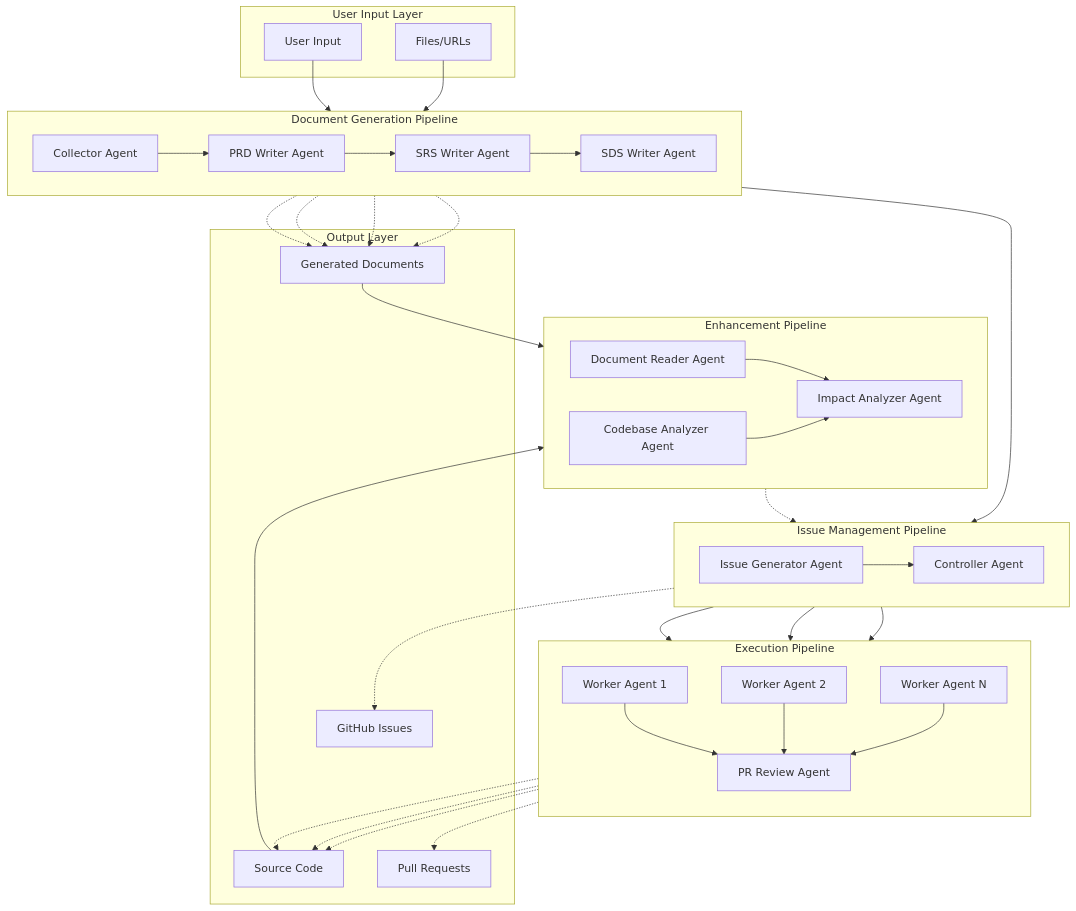
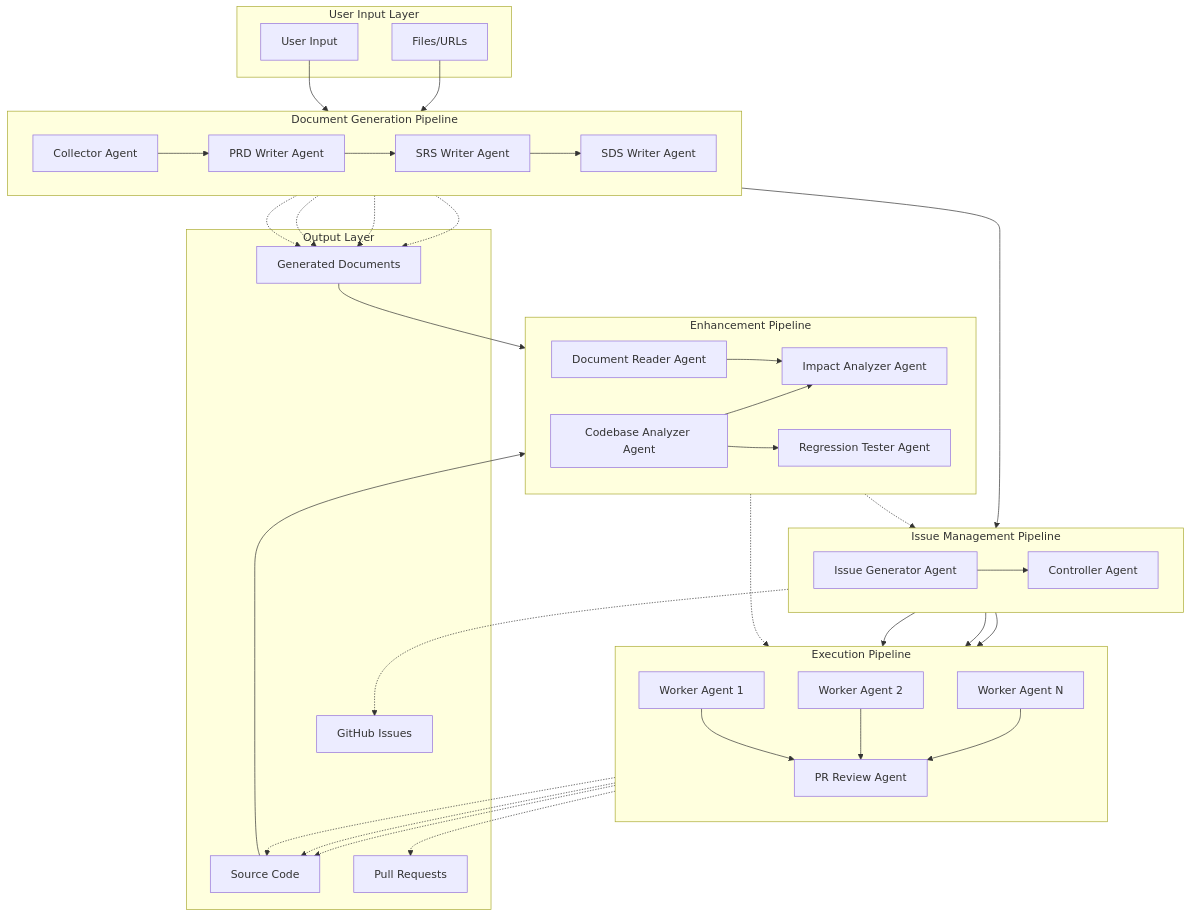
Before and after one commit to kcenon/claude_code_agent: the first of 7 diagrams in docs/system-architecture.kr.md, drawn with Mermaid. The commit also changed 11 other files, not shown here.

First line of the commit message:
feat(regression-tester): implement Regression Tester Agent (#145)

````diff
--- a/docs/system-architecture.kr.md
+++ b/docs/system-architecture.kr.md
@@ -5,78 +5,81 @@
 ```mermaid
 flowchart TB
     subgraph Input["User Input Layer"]
         UI[User Input]
         FILES[Files/URLs]
     end
 
     subgraph DocumentPipeline["Document Generation Pipeline"]
         direction LR
         COLLECT[Collector Agent]
         PRD[PRD Writer Agent]
         SRS[SRS Writer Agent]
         SDS[SDS Writer Agent]
     end
 
     subgraph IssuePipeline["Issue Management Pipeline"]
         direction LR
         ISSUE[Issue Generator Agent]
         CTRL[Controller Agent]
     end
 
     subgraph ExecutionPipeline["Execution Pipeline"]
         direction TB
         WORKER1[Worker Agent 1]
         WORKER2[Worker Agent 2]
         WORKERN[Worker Agent N]
         PR[PR Review Agent]
     end
 
     subgraph EnhancementPipeline["Enhancement Pipeline"]
         direction LR
         DOCREAD[Document Reader Agent]
         CODEBASE[Codebase Analyzer Agent]
         IMPACT[Impact Analyzer Agent]
+        REGTEST[Regression Tester Agent]
     end
 
     subgraph Output["Output Layer"]
         DOCS[Generated Documents]
         ISSUES[GitHub Issues]
         CODE[Source Code]
         PRS[Pull Requests]
     end
 
     UI --> COLLECT
     FILES --> COLLECT
 
     COLLECT --> PRD
     PRD --> SRS
     SRS --> SDS
 
     SDS --> ISSUE
     ISSUE --> CTRL
 
     CTRL --> WORKER1
     CTRL --> WORKER2
     CTRL --> WORKERN
 
     WORKER1 --> PR
     WORKER2 --> PR
     WORKERN --> PR
 
     COLLECT -.-> DOCS
     PRD -.-> DOCS
     SRS -.-> DOCS
     SDS -.-> DOCS
     ISSUE -.-> ISSUES
     WORKER1 -.-> CODE
     WORKER2 -.-> CODE
     WORKERN -.-> CODE
     PR -.-> PRS
 
     %% Enhancement Pipeline connections
     DOCS --> DOCREAD
     CODE --> CODEBASE
     DOCREAD --> IMPACT
     CODEBASE --> IMPACT
+    CODEBASE --> REGTEST
     IMPACT -.-> CTRL
+    REGTEST -.-> PR
 ```
````
